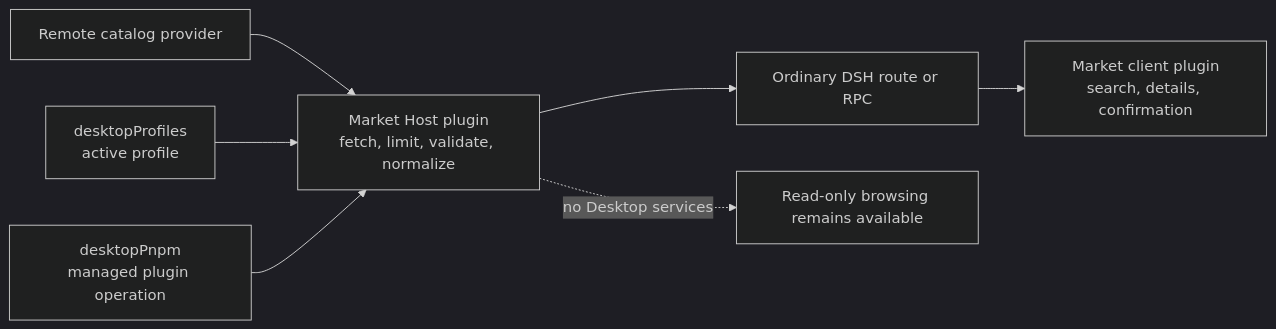
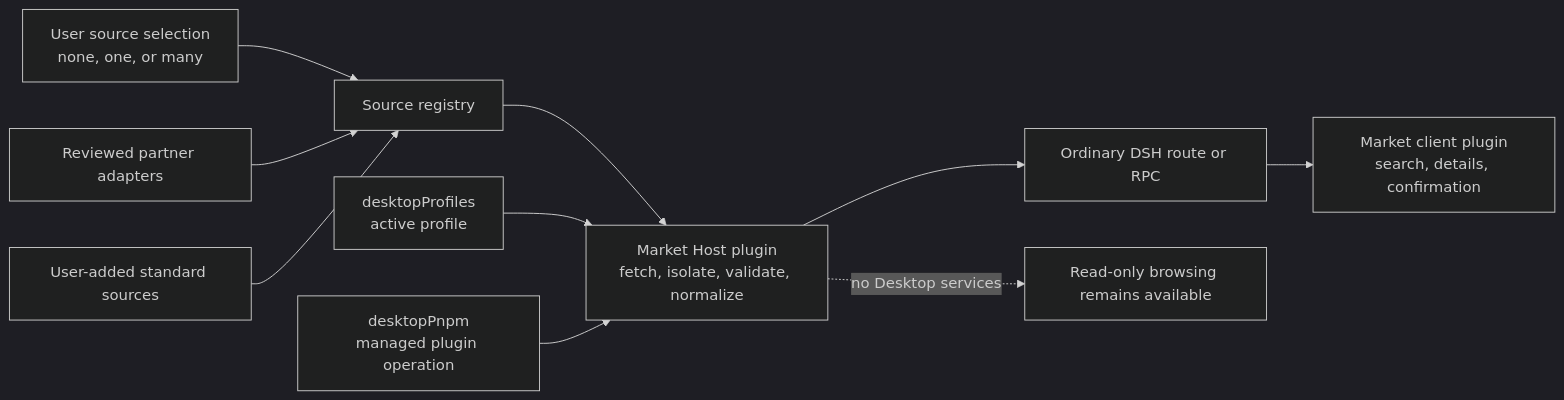
Before and after one commit to picoaide/picoaide-harness: the diagram in dsh-community-market/docs/market-shell.md, drawn with Mermaid (dark theme). The commit also changed other lines of this file and 23 other files, not shown here.

Commit message:
docs(market): define extensible catalog sources

````diff
--- a/dsh-community-market/docs/market-shell.md
+++ b/dsh-community-market/docs/market-shell.md
@@ -29,9 +29,12 @@
 ```mermaid
 flowchart LR
-    Catalog["Remote catalog provider"] --> Host["Market Host plugin<br/>fetch, limit, validate, normalize"]
+    Selection["User source selection<br/>none, one, or many"] --> Registry["Source registry"]
+    Partner["Reviewed partner adapters"] --> Registry
+    Standard["User-added standard sources"] --> Registry
+    Registry --> Host["Market Host plugin<br/>fetch, isolate, validate, normalize"]
     Host --> Route["Ordinary DSH route or RPC"]
     Route --> Client["Market client plugin<br/>search, details, confirmation"]
     Profiles["desktopProfiles<br/>active profile"] --> Host
     Pnpm["desktopPnpm<br/>managed plugin operation"] --> Host
     Host -. "no Desktop services" .-> Browse["Read-only browsing remains available"]
 ```
````
